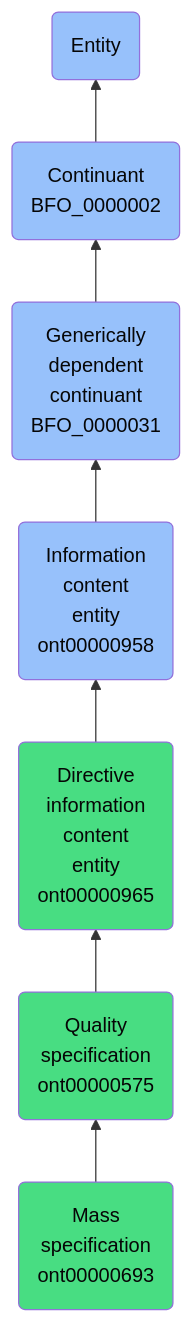
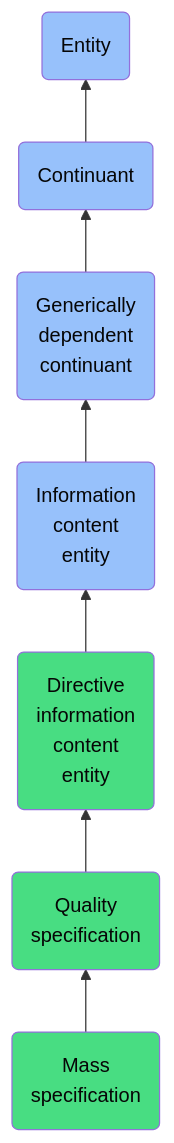
One commit to jupyter-naas/abi changed the diagram in docs/ontology/reference/model/Entity/Continuant/Generically dependent continuant/Information content entity/Directive information content entity/Quality specification/Mass specification/Mass specification.md. Above: the diagram before and after it, drawn with Mermaid. The commit also changed other lines of this file and 1430 other files, not shown here.

````diff
--- a/docs/ontology/reference/model/Entity/Continuant/Generically dependent continuant/Information content entity/Directive information content entity/Quality specification/Mass specification/Mass specification.md
+++ b/docs/ontology/reference/model/Entity/Continuant/Generically dependent continuant/Information content entity/Directive information content entity/Quality specification/Mass specification/Mass specification.md
@@ -24,14 +24,14 @@
 ```mermaid
 graph BT
-    ont00000693(Mass<br>specification<br>ont00000693):::ABI-->ont00000575
-    ont00000575(Quality<br>specification<br>ont00000575):::ABI-->ont00000965
-    ont00000965(Directive<br>information<br>content<br>entity<br>ont00000965):::ABI-->ont00000958
-    ont00000958(Information<br>content<br>entity<br>ont00000958):::BFO-->BFO_0000031
-    BFO_0000031(Generically<br>dependent<br>continuant<br>BFO_0000031):::BFO-->BFO_0000002
-    BFO_0000002(Continuant<br>BFO_0000002):::BFO-->BFO_0000001
+    ont00000693(Mass<br>specification):::ABI-->ont00000575
+    ont00000575(Quality<br>specification):::ABI-->ont00000965
+    ont00000965(Directive<br>information<br>content<br>entity):::ABI-->ont00000958
+    ont00000958(Information<br>content<br>entity):::BFO-->BFO_0000031
+    BFO_0000031(Generically<br>dependent<br>continuant):::BFO-->BFO_0000002
+    BFO_0000002(Continuant):::BFO-->BFO_0000001
     BFO_0000001(Entity):::BFO
     
     classDef BFO fill:#97c1fb,color:#060606
     classDef CCO fill:#e4c51e,color:#060606
     classDef ABI fill:#48DD82,color:#060606
 ```
````
